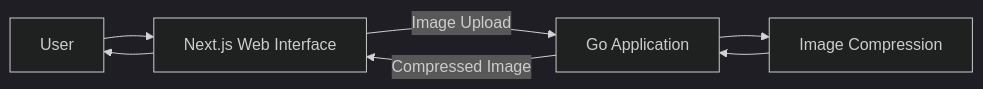
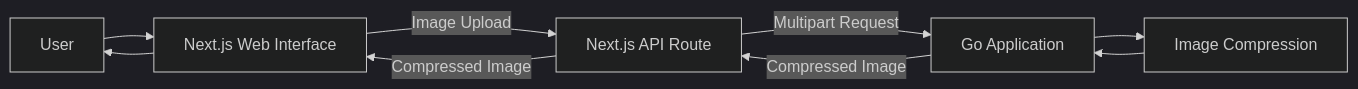
The diagram in README.md (juniocr26/go-image-optimizer), drawn with Mermaid (dark theme) before and after one commit. The commit also changed other lines of this file and 15 other files, not shown here.

````diff
--- a/README.md
+++ b/README.md
@@ -61,9 +61,11 @@
 ```mermaid
 flowchart LR
     U[User] --> F[Next.js Web Interface]
-    F -->|Image Upload| API[Go Application]
+    F -->|Image Upload| N[Next.js API Route]
+    N -->|Multipart Request| API[Go Application]
     API --> C[Image Compression]
     C --> API
-    API -->|Compressed Image| F
+    API -->|Compressed Image| N
+    N -->|Compressed Image| F
     F --> U
 ```
````
